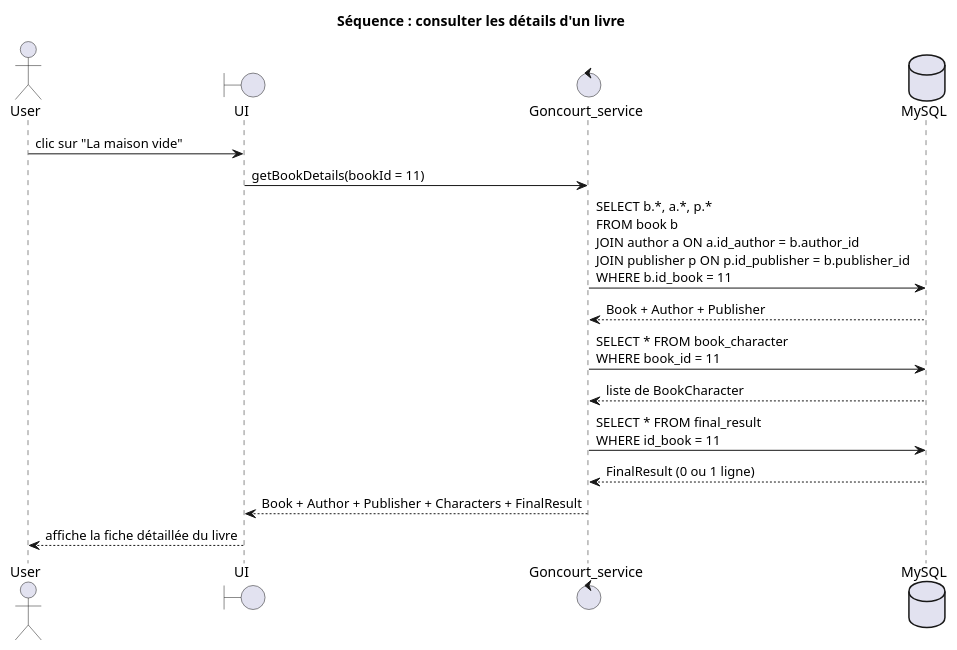
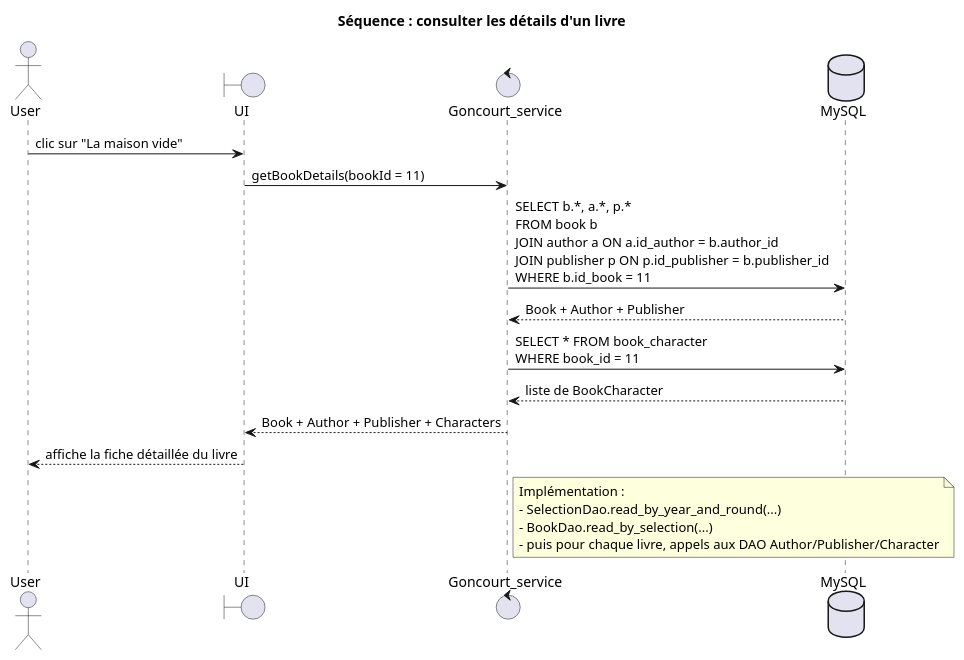
Before and after one commit to MarieLorraineFMS/prix-goncourt-2025: the diagram in docs/sequence_diagram_book.puml, drawn with PlantUML. The commit also changed 6 other files, not shown here.

```diff
--- a/docs/sequence_diagram_book.puml
+++ b/docs/sequence_diagram_book.puml
@@ -1,27 +1,30 @@
 @startuml Book details
 title Séquence : consulter les détails d'un livre
 
 actor User
 boundary UI as "UI"
 control Goncourt_service
 database DB as "MySQL"
 
 User -> UI : clic sur "La maison vide"
 UI -> Goncourt_service : getBookDetails(bookId = 11)
 
 'Récupérer le livre & auteur & éditeur
 Goncourt_service -> DB : SELECT b.*, a.*, p.*\nFROM book b\nJOIN author a ON a.id_author = b.author_id\nJOIN publisher p ON p.id_publisher = b.publisher_id\nWHERE b.id_book = 11
 DB --> Goncourt_service : Book + Author + Publisher
 
 'Récupérer les personnages
 Goncourt_service -> DB : SELECT * FROM book_character\nWHERE book_id = 11
 DB --> Goncourt_service : liste de BookCharacter
 
-'Récupérer le résultat final éventuel
-Goncourt_service -> DB : SELECT * FROM final_result\nWHERE id_book = 11
-DB --> Goncourt_service : FinalResult (0 ou 1 ligne)
-
-Goncourt_service --> UI : Book + Author + Publisher + Characters + FinalResult
+Goncourt_service --> UI : Book + Author + Publisher + Characters
 UI --> User : affiche la fiche détaillée du livre
 
+note right of Goncourt_service
+  Implémentation :
+  - SelectionDao.read_by_year_and_round(...)
+  - BookDao.read_by_selection(...)
+  - puis pour chaque livre, appels aux DAO Author/Publisher/Character
+end note
+
 @enduml
```
